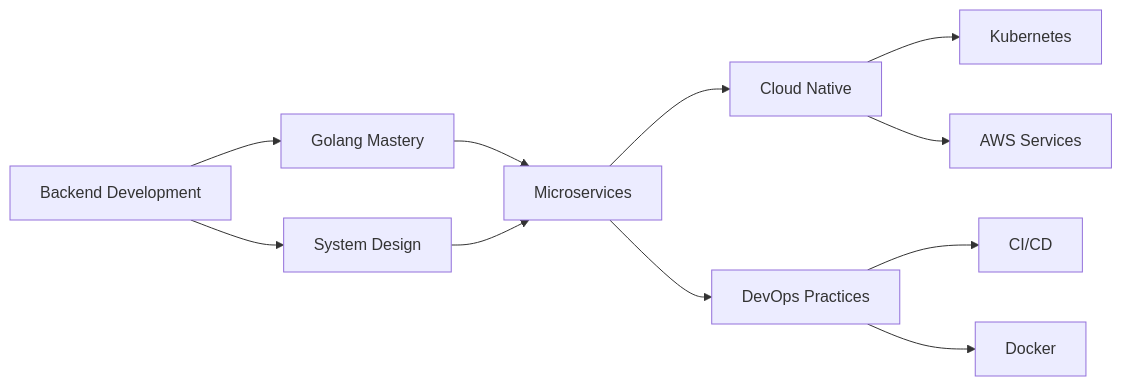
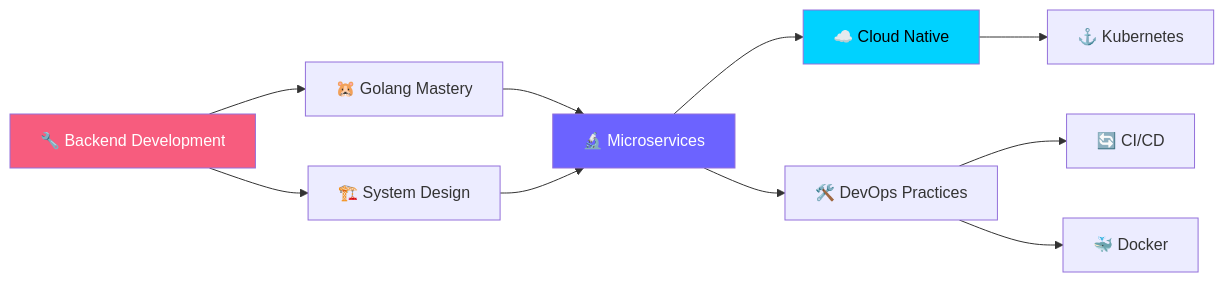
The diagram in README.md (navneetshukl/navneetshukl), drawn with Mermaid before and after one commit. The commit also changed other lines of this file, not shown here.

````diff
--- a/README.md
+++ b/README.md
@@ -353,13 +135,15 @@
 ```mermaid
 graph LR
-    A[Backend Development] --> B[Golang Mastery]
-    A --> C[System Design]
-    B --> D[Microservices]
+    A[🔧 Backend Development] --> B[🐹 Golang Mastery]
+    A --> C[🏗️ System Design]
+    B --> D[🔬 Microservices]
     C --> D
-    D --> E[Cloud Native]
-    E --> F[Kubernetes]
-    E --> G[AWS Services]
-    D --> H[DevOps Practices]
-    H --> I[CI/CD]
-    H --> J[Docker]
+    D --> E[☁️ Cloud Native]
+    E --> F[⚓ Kubernetes]
+    D --> H[🛠️ DevOps Practices]
+    H --> I[🔄 CI/CD]
+    H --> J[🐳 Docker]
+    style A fill:#f75c7e,color:#fff
+    style D fill:#6c63ff,color:#fff
+    style E fill:#00d2ff,color:#000
 ```
````
